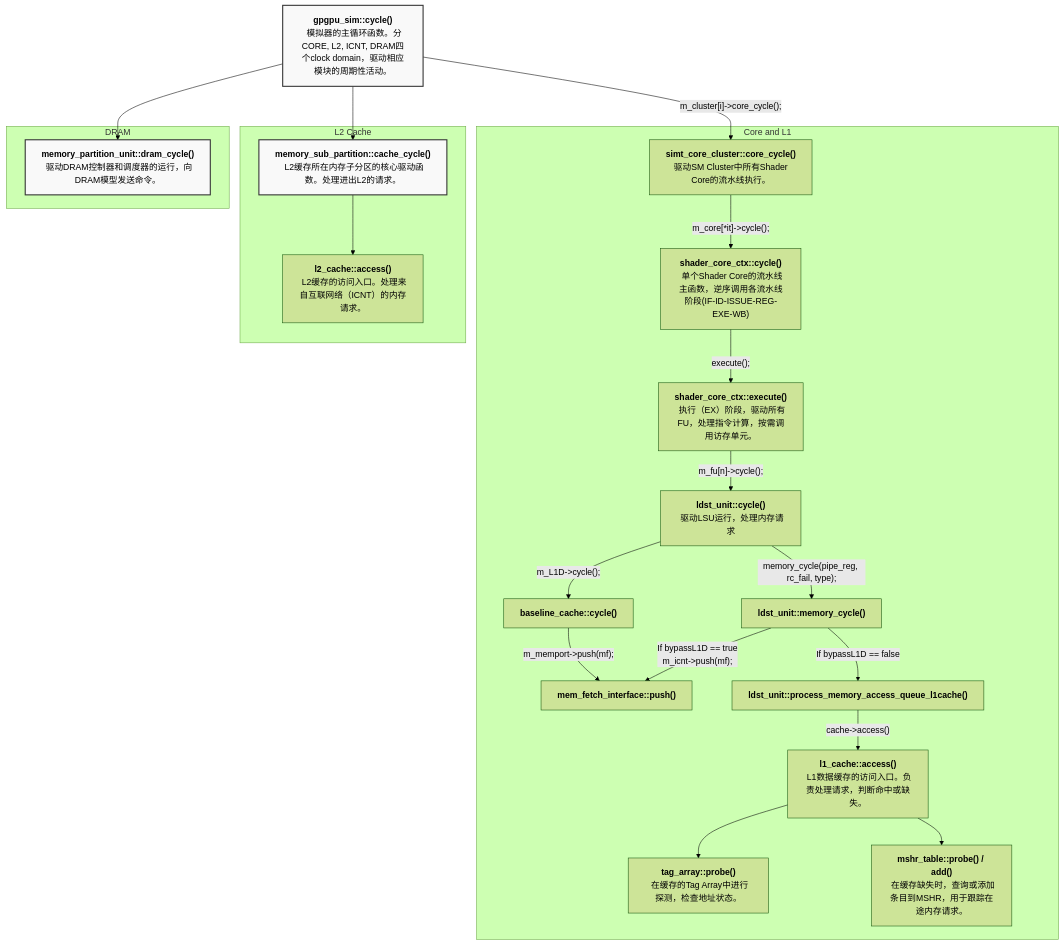
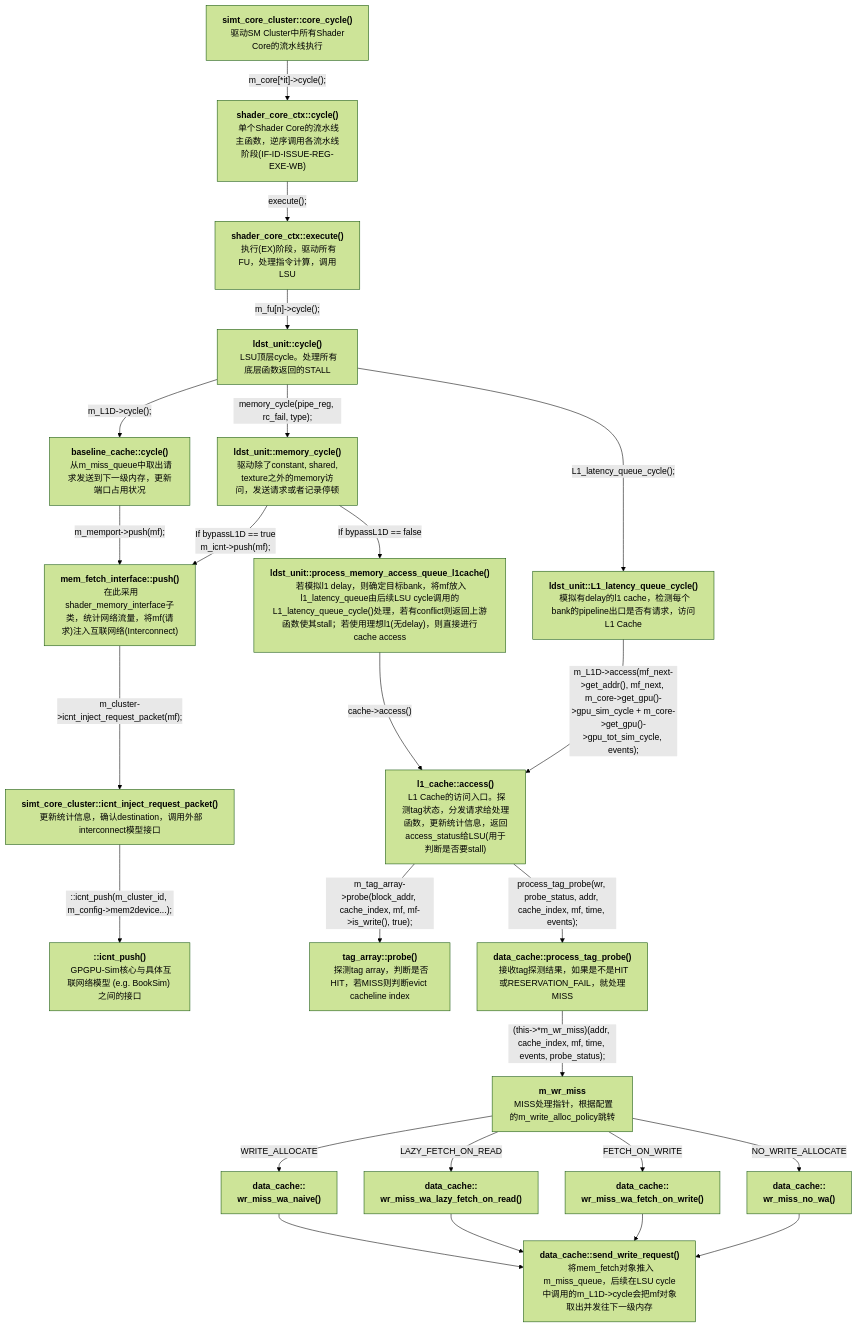
One commit to seanzw/random changed the second of 2 diagrams in gpgpusim_wiki/gpgpusim_wiki.md. Above: the diagram before and after it, drawn with Mermaid (forest theme). The commit also changed other lines of this file, not shown here.

Commit message:
finish SM core and L1 cache memory calling chain

````diff
--- a/gpgpusim_wiki/gpgpusim_wiki.md
+++ b/gpgpusim_wiki/gpgpusim_wiki.md
@@ -90,52 +128,57 @@
 ```mermaid
 graph TD;
     %% --- 节点定义 (Node Definitions) ---
-    B["<b>gpgpu_sim::cycle()</b><br> 模拟器的主循环函数。分CORE, L2, ICNT, DRAM四个clock domain，驱动相应模块的周期性活动。"];
-    C["<b>simt_core_cluster::core_cycle()</b><br> 驱动SM Cluster中所有Shader Core的流水线执行。"];
+    C["<b>simt_core_cluster::core_cycle()</b><br> 驱动SM Cluster中所有Shader Core的流水线执行"];
     D["<b>shader_core_ctx::cycle()</b><br> 单个Shader Core的流水线主函数，逆序调用各流水线阶段(IF-ID-ISSUE-REG-EXE-WB)"];
-    E["<b>shader_core_ctx::execute()</b><br> 执行（EX）阶段，驱动所有FU，处理指令计算，按需调用访存单元。"];
-    F["<b>ldst_unit::cycle()</b><br> 驱动LSU运行，处理内存请求"];
-    G["<b>l1_cache::access()</b><br> L1数据缓存的访问入口。负责处理请求，判断命中或缺失。"];
-    M["<b>baseline_cache::cycle()<br>"];
-    N["<b>ldst_unit::memory_cycle()<br>"];
-    Na["<b>mem_fetch_interface::push()<br>"];
-    Nb["<b>ldst_unit::process_memory_access_queue_l1cache()<br>"]
-    H["<b>tag_array::probe()</b><br> 在缓存的Tag Array中进行探测，检查地址状态。"];
-    I["<b>mshr_table::probe() / add()</b><br> 在缓存缺失时，查询或添加条目到MSHR，用于跟踪在途内存请求。"];
-    J["<b>memory_sub_partition::cache_cycle()</b><br> L2缓存所在内存子分区的核心驱动函数。处理进出L2的请求。"];
-    K["<b>l2_cache::access()</b><br> L2缓存的访问入口。处理来自互联网络（ICNT）的内存请求。"];
-    L["<b>memory_partition_unit::dram_cycle()</b><br> 驱动DRAM控制器和调度器的运行，向DRAM模型发送命令。"];
+    E["<b>shader_core_ctx::execute()</b><br> 执行(EX)阶段，驱动所有FU，处理指令计算，调用LSU"];
+
+    F["<b>ldst_unit::cycle()</b><br> LSU顶层cycle。处理所有底层函数返回的STALL"];
+    Fa["<b>ldst_unit::L1_latency_queue_cycle()</b><br> 模拟有delay的l1 cache，检测每个bank的pipeline出口是否有请求，访问L1 Cache"];
+    N["<b>ldst_unit::memory_cycle()</b><br> 驱动除了constant, shared, texture之外的memory访问，发送请求或者记录停顿"];
+
+    G["<b>l1_cache::access()</b><br> L1 Cache的访问入口。探测tag状态，分发请求给处理函数，更新统计信息，返回access_status给LSU(用于判断是否要stall)"];
+    Ga["<b>tag_array::probe()</b><br> 探测tag array，判断是否HIT，若MISS则判断evict cacheline index"];
+
+    M["<b>baseline_cache::cycle()</b><br> 从m_miss_queue中取出请求发送到下一级内存，更新端口占用状况"];
+    Na["<b>mem_fetch_interface::push()</b><br> 在此采用shader_memory_interface子类，统计网络流量，将mf(请求)注入互联网络(Interconnect)" ];
+    Za["<b>simt_core_cluster::icnt_inject_request_packet()</b><br> 更新统计信息，确认destination，调用外部interconnect模型接口"]
+    Z["<b>::icnt_push()</b><br> GPGPU-Sim核心与具体互联网络模型 (e.g. BookSim) 之间的接口"]
+
+    Nb["<b>ldst_unit::process_memory_access_queue_l1cache()</b><br> 若模拟l1 delay，则确定目标bank，将mf放入l1_latency_queue由后续LSU cycle调用的L1_latency_queue_cycle()处理，若有conflict则返回上游函数使其stall；若使用理想l1(无delay)，则直接进行cache access"]
+    H["<b>data_cache::process_tag_probe()</b><br> 接收tag探测结果，如果是不是HIT或RESERVATION_FAIL，就处理MISS"];
+    I["<b>m_wr_miss</b><br> MISS处理指针，根据配置的m_write_alloc_policy跳转"];
+
+    Ia["<b>data_cache::<br>wr_miss_wa_naive()</b>"];
+    Ib["<b>data_cache::<br>wr_miss_wa_lazy_fetch_on_read()</b><br>"];
+    Ic["<b>data_cache::<br>wr_miss_wa_fetch_on_write()</b><br>"];
+    Id["<b>data_cache::<br>wr_miss_no_wa()</b><br>"];
+
+    O["<b>data_cache::send_write_request()</b><br>" 将mem_fetch对象推入m_miss_queue，后续在LSU cycle中调用的m_L1D->cycle会把mf对象取出并发往下一级内存]
 
     %% --- 边定义 (Edge Definitions / Call Chain) ---
-    B --m_cluster[i]->core_cycle();--> C;
-    B --> J;
-    B --> L;
 
-    subgraph Core and L1
         C --m_core[*it]->cycle();--> D;
         D --execute();--> E;
         E --m_fu[n]->cycle();--> F;
         F --m_L1D->cycle();--> M;
         M --m_memport->push(mf);--> Na;
         F --memory_cycle(pipe_reg, rc_fail, type);--> N;
+        F --L1_latency_queue_cycle();--> Fa;
+        Fa --m_L1D->access(mf_next->get_addr(), mf_next, m_core->get_gpu()->gpu_sim_cycle + m_core->get_gpu()->gpu_tot_sim_cycle, events);--> G;
         N --If bypassL1D == true<br>m_icnt->push(mf);--> Na;
+        Na --m_cluster->icnt_inject_request_packet(mf);--> Za;
+        Za --::icnt_push(m_cluster_id, m_config->mem2device...);--> Z;
         N --If bypassL1D == false--> Nb;
         Nb --cache->access()--> G;
-        G --> H;
-        G --> I;
-    end
-
-    subgraph L2 Cache
-        J --> K;
-    end
-
-    subgraph DRAM
-        L;
-    end
-
-    %% --- 样式 (Styling) ---
-    %% style A fill:#f9f9f9,stroke:#333,stroke-width:2px
-    style B fill:#f9f9f9,stroke:#333,stroke-width:2px
-    style J fill:#f9f9f9,stroke:#333,stroke-width:2px
-    style L fill:#f9f9f9,stroke:#333,stroke-width:2px
+        G --m_tag_array->probe(block_addr, cache_index, mf, mf->is_write(), true);--> Ga;
+        G --process_tag_probe(wr, probe_status, addr, cache_index, mf, time, events);--> H;
+        H --(this->*m_wr_miss)(addr, cache_index, mf, time, events, probe_status);--> I;
+        I --WRITE_ALLOCATE--> Ia;
+        I --LAZY_FETCH_ON_READ--> Ib;
+        I --FETCH_ON_WRITE--> Ic;
+        I --NO_WRITE_ALLOCATE--> Id;
+        Ia --> O;
+        Ib --> O;
+        Ic --> O;
+        Id --> O;
 ```
````
